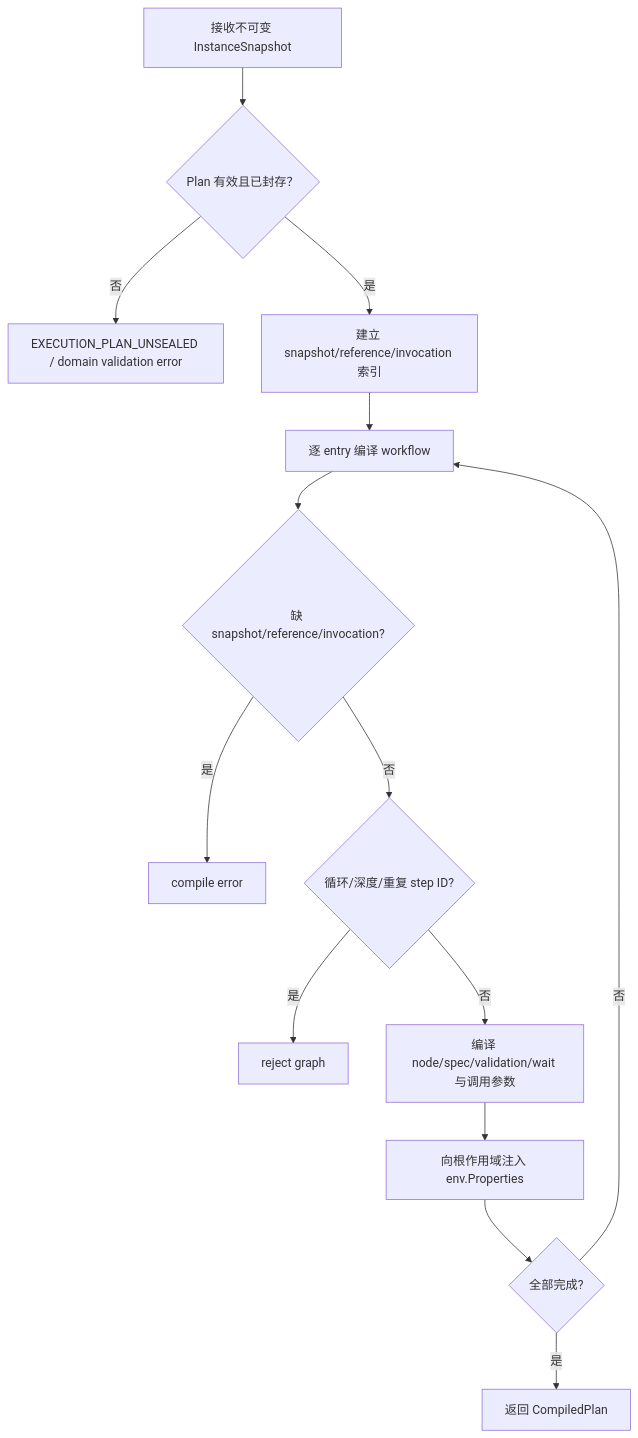
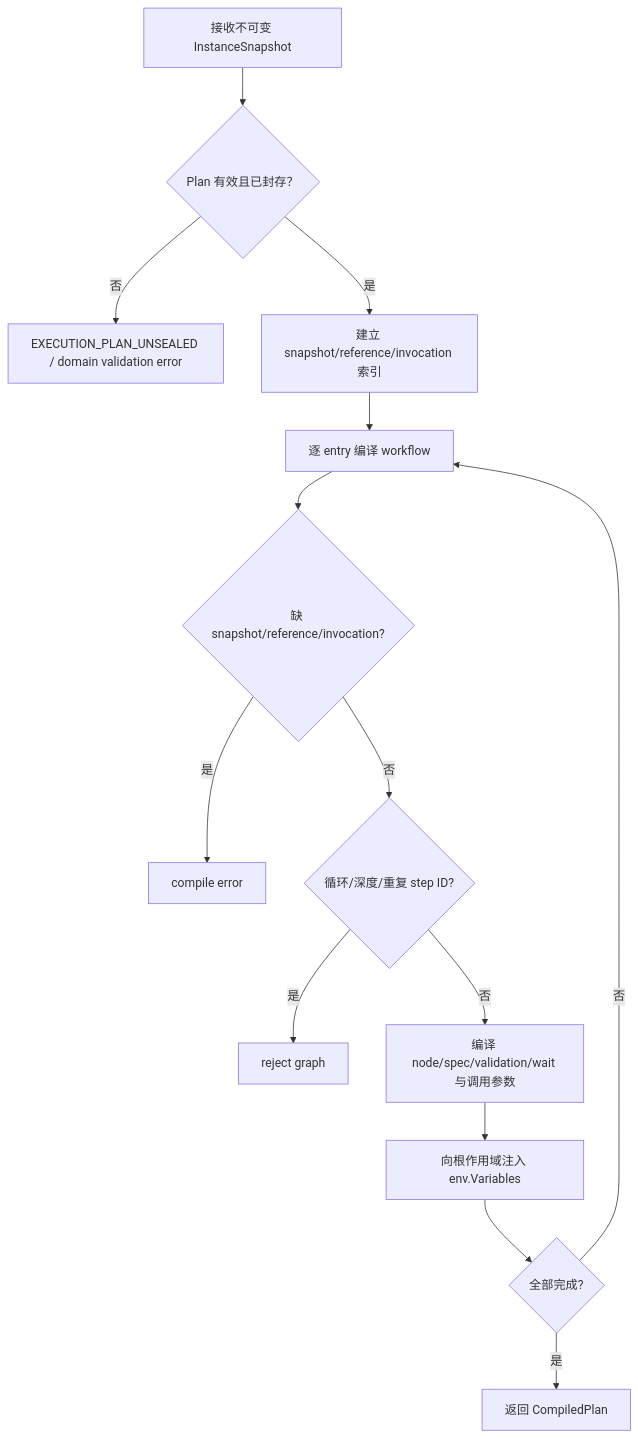
Before and after one commit to Capsule7446/healix-core: the second of 2 diagrams in docs/application/engine/compile-plan.md, drawn with Mermaid. The commit also changed other lines of this file and 30 other files, not shown here.

````diff
--- a/docs/application/engine/compile-plan.md
+++ b/docs/application/engine/compile-plan.md
@@ -67,16 +67,16 @@
 ```mermaid
 flowchart TD
     A[接收不可变 InstanceSnapshot] --> B{Plan 有效且已封存？}
     B -- 否 --> E1[EXECUTION_PLAN_UNSEALED / domain validation error]
     B -- 是 --> C[建立 snapshot/reference/invocation 索引]
     C --> D[逐 entry 编译 workflow]
     D --> E{缺 snapshot/reference/invocation?}
     E -- 是 --> E2[compile error]
     E -- 否 --> F{循环/深度/重复 step ID?}
     F -- 是 --> E3[reject graph]
     F -- 否 --> G[编译 node/spec/validation/wait 与调用参数]
-    G --> H[向根作用域注入 env.Properties]
+    G --> H[向根作用域注入 env.Variables]
     H --> I{全部完成?}
     I -- 否 --> D
     I -- 是 --> J[返回 CompiledPlan]
 ```
````
